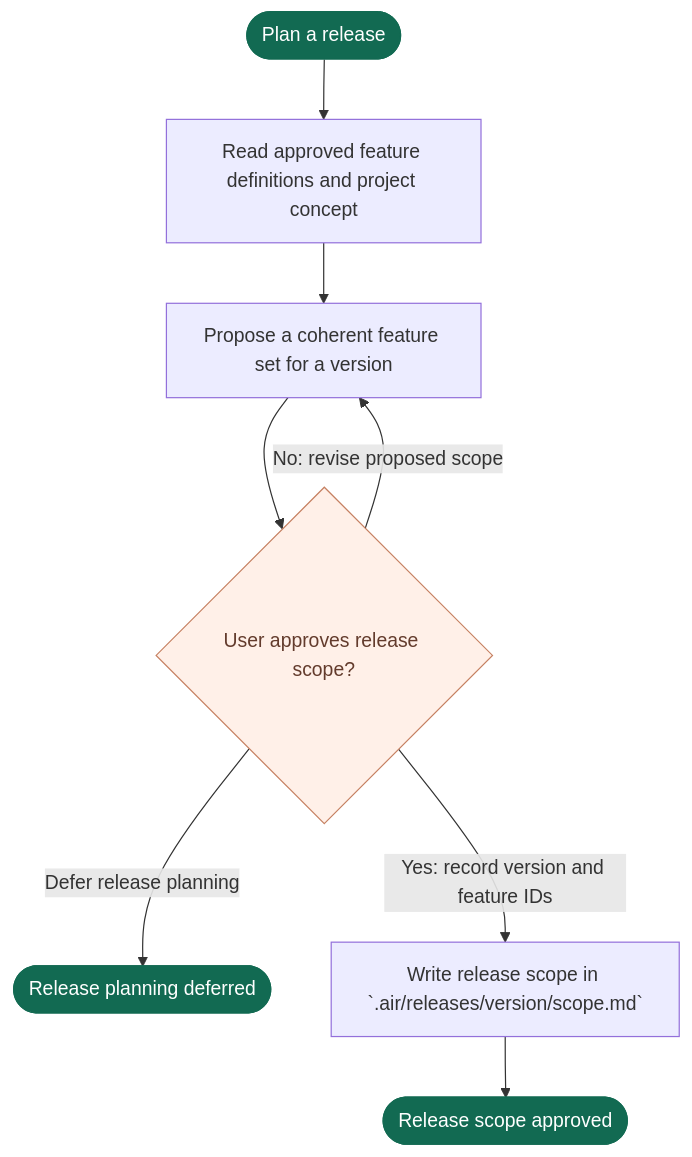
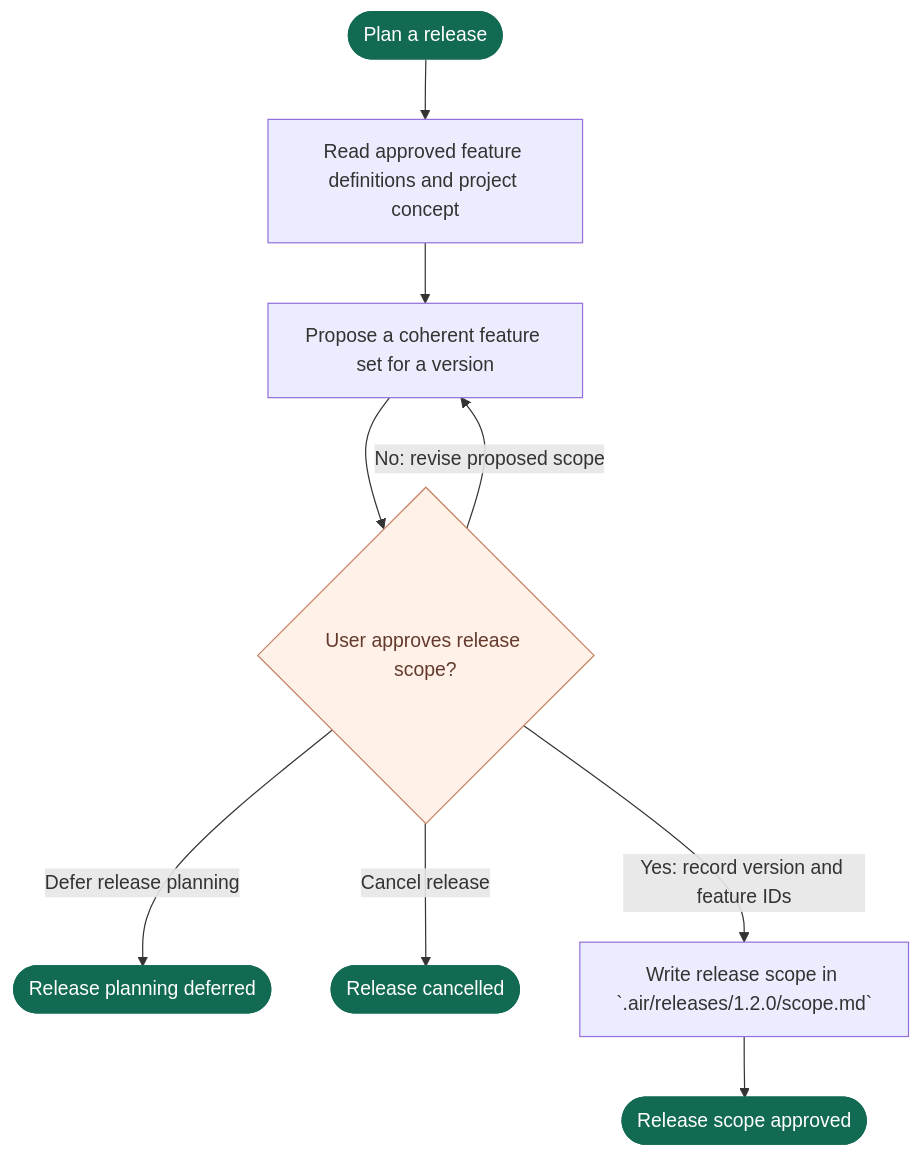
Before and after one commit to vanlangenlabs/vanlangenlabs-site: the diagram in docs/airflow/flows/release-planning.mmd, drawn with Mermaid. The commit also changed 11 other files, not shown here.

Commit message:
feat(airflow): define lifecycle contract and phase context

```diff
--- a/docs/airflow/flows/release-planning.mmd
+++ b/docs/airflow/flows/release-planning.mmd
@@ -1,13 +1,25 @@
 flowchart TD
     start([Plan a release]) --> readBacklog[Read approved feature definitions and project concept]
+%% @airflow-context readBacklog
+%% Read only the approved backlog records relevant to release planning. Propose
+%% a coherent set based on project goals, dependencies, priority and capacity;
+%% do not treat issue order or tracker status alone as user approval.
+%% @end-airflow-context
     readBacklog --> propose[Propose a coherent feature set for a version]
     propose --> scopeApproval{User approves release scope?}
     scopeApproval -- No: revise proposed scope --> propose
     scopeApproval -- Defer release planning --> planningDeferred([Release planning deferred])
-    scopeApproval -- Yes: record version and feature IDs --> scope[Write release scope in `.air/releases/version/scope.md`]
+    scopeApproval -- Cancel release --> releaseCancelled([Release cancelled])
+    scopeApproval -- Yes: record version and feature IDs --> scope[Write release scope in `.air/releases/1.2.0/scope.md`]
     scope --> scopeReady([Release scope approved])
+%% @airflow-context scopeApproval
+%% The human approves the exact version, included feature IDs, exclusions and
+%% release goals. Bind the decision to the scope file digest. A changed set needs
+%% a new scope approval; deferred planning leaves features in the backlog.
+%% Record approval evidence in `.air/index.md` using the contract.
+%% @end-airflow-context
 
     classDef boundary fill:#126a52,color:#ffffff,stroke:#126a52
-    class start,scopeReady,planningDeferred boundary
+    class start,scopeReady,planningDeferred,releaseCancelled boundary
     classDef approval fill:#fff0e8,color:#633b2c,stroke:#c68162
     class scopeApproval approval
```
